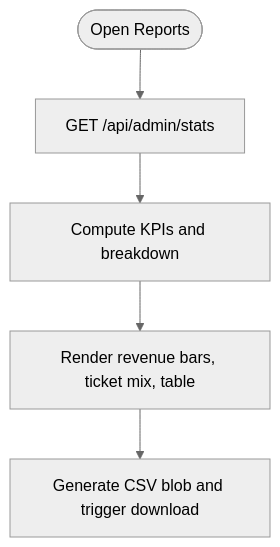
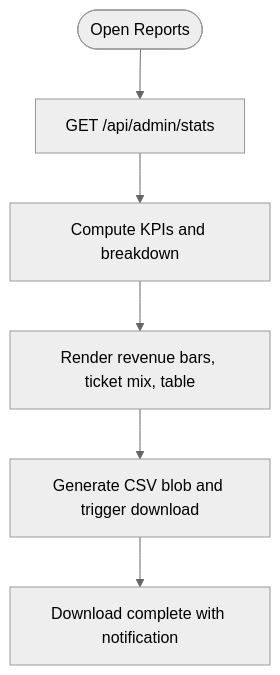
One commit to ObeyMuchechesi/TicketFlow changed the eighth of 10 diagrams in .qoder/repowiki/en/content/Admin Dashboard/Admin Dashboard.md. Above: the diagram before and after it, drawn with Mermaid (neutral theme). The commit also changed other lines of this file and 12 other files, not shown here.

First line of the commit message:
docs: EcoCash schema columns and project documentation refresh

````diff
--- a/.qoder/repowiki/en/content/Admin Dashboard/Admin Dashboard.md
+++ b/.qoder/repowiki/en/content/Admin Dashboard/Admin Dashboard.md
@@ -306,7 +342,8 @@
 ```mermaid
 flowchart TD
 Start(["Open Reports"]) --> FetchStats["GET /api/admin/stats"]
 FetchStats --> Compute["Compute KPIs and breakdown"]
 Compute --> RenderCharts["Render revenue bars, ticket mix, table"]
 RenderCharts --> ExportCSV["Generate CSV blob and trigger download"]
+ExportCSV --> Complete["Download complete with notification"]
 ```
````
